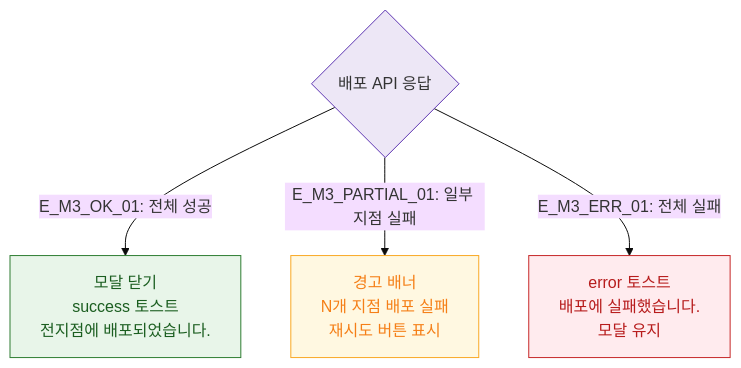
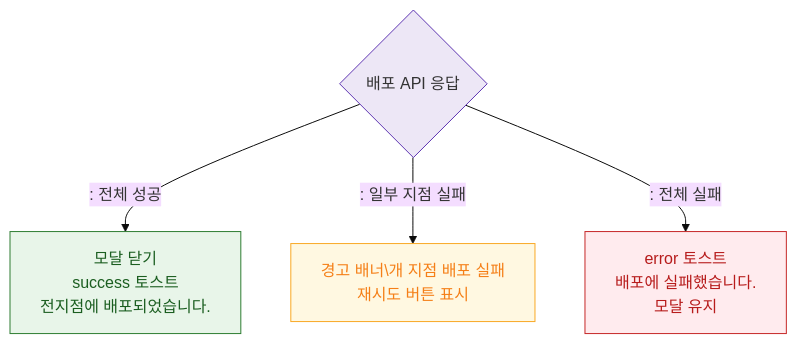
One commit to dev-spogym/admin-pando changed the diagram in docs/다이어그램/D05_상품관리/DLG/DLG-P001_전지점배포/M3_결과분기.md. Above: the diagram before and after it, drawn with Mermaid (base theme). The commit also changed other lines of this file and 1660 other files, not shown here.

First line of the commit message:
다이어그램: 기획자/클라이언트 납품본으로 정리

````diff
--- a/docs/다이어그램/D05_상품관리/DLG/DLG-P001_전지점배포/M3_결과분기.md
+++ b/docs/다이어그램/D05_상품관리/DLG/DLG-P001_전지점배포/M3_결과분기.md
@@ -16,15 +14,15 @@
 ```mermaid
 flowchart TD
-    DeployAPI{배포 API 응답} -->|"E_M3_OK_01: 전체 성공"| FullSuccess[모달 닫기\nsuccess 토스트\n전지점에 배포되었습니다.]
-    DeployAPI -->|"E_M3_PARTIAL_01: 일부 지점 실패"| PartialWarn[경고 배너\nN개 지점 배포 실패\n재시도 버튼 표시]
-    DeployAPI -->|"E_M3_ERR_01: 전체 실패"| FullErr[error 토스트\n배포에 실패했습니다.\n모달 유지]
+    DeployAPI{배포 API 응답} -->|": 전체 성공"|FullSuccess[모달 닫기\nsuccess 토스트\n전지점에 배포되었습니다.]
+    DeployAPI -->|": 일부 지점 실패"|PartialWarn[경고 배너\개 지점 배포 실패\n재시도 버튼 표시]
+    DeployAPI -->|": 전체 실패"|FullErr[error 토스트\n배포에 실패했습니다.\n모달 유지]
 
     classDef success fill:#E8F5E9,stroke:#2E7D32,color:#1B5E20
     classDef warning fill:#FFF8E1,stroke:#F9A825,color:#F57F17
     classDef error fill:#FFEBEE,stroke:#C62828,color:#B71C1C
     classDef system fill:#EDE7F6,stroke:#5E35B2
     class FullSuccess success
     class PartialWarn warning
     class FullErr error
     class DeployAPI system
 ```
````
